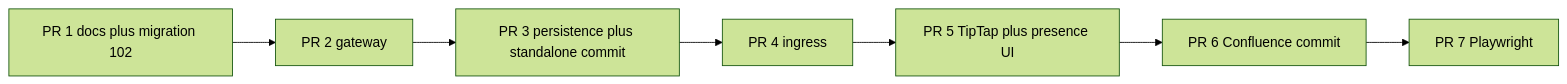
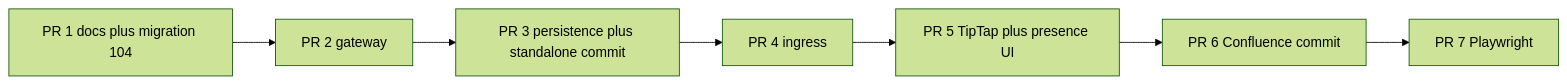
The seventh of 7 diagrams in docs/superpowers/specs/2026-08-24-realtime-collaborative-editing-design.md (Compendiq/compendiq-ce), drawn with Mermaid (forest theme) before and after one commit. The commit also changed other lines of this file and 3 other files, not shown here.

````diff
--- a/docs/superpowers/specs/2026-08-24-realtime-collaborative-editing-design.md
+++ b/docs/superpowers/specs/2026-08-24-realtime-collaborative-editing-design.md
@@ -1144,9 +1144,9 @@
 ```mermaid
 flowchart LR
-    P1[PR 1 docs plus migration 102] --> P2[PR 2 gateway]
+    P1[PR 1 docs plus migration 104] --> P2[PR 2 gateway]
     P2 --> P3[PR 3 persistence plus standalone commit]
     P3 --> P4[PR 4 ingress]
     P4 --> P5[PR 5 TipTap plus presence UI]
     P5 --> P6[PR 6 Confluence commit]
     P6 --> P7[PR 7 Playwright]
 ```
````
